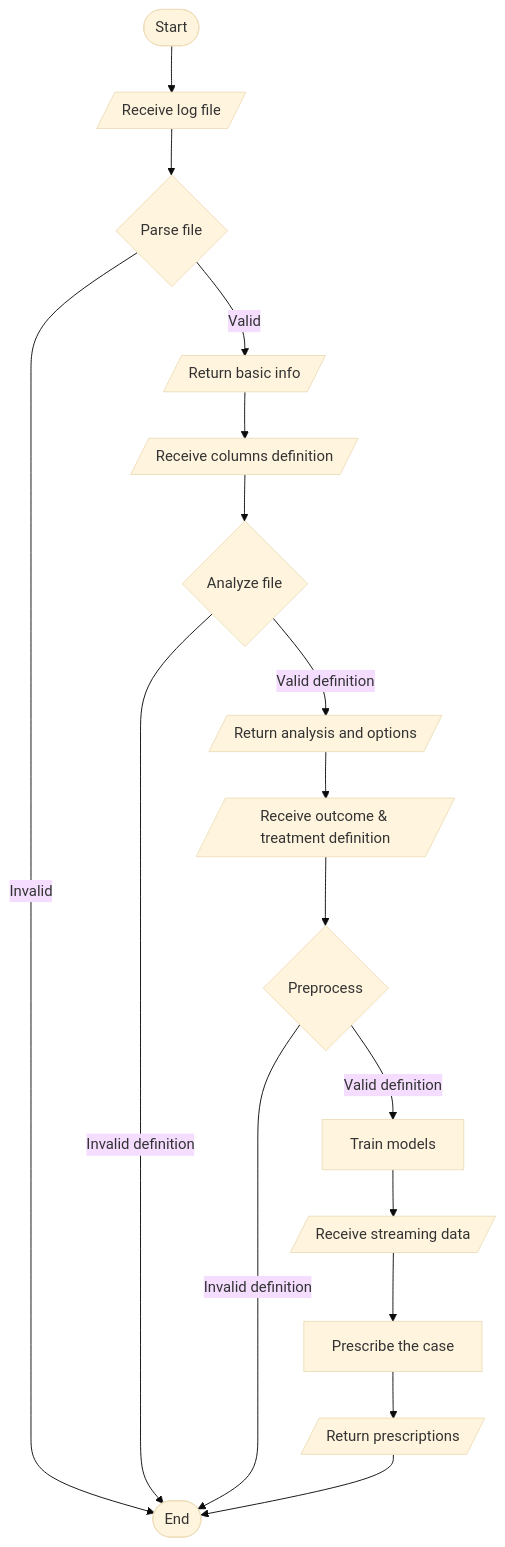
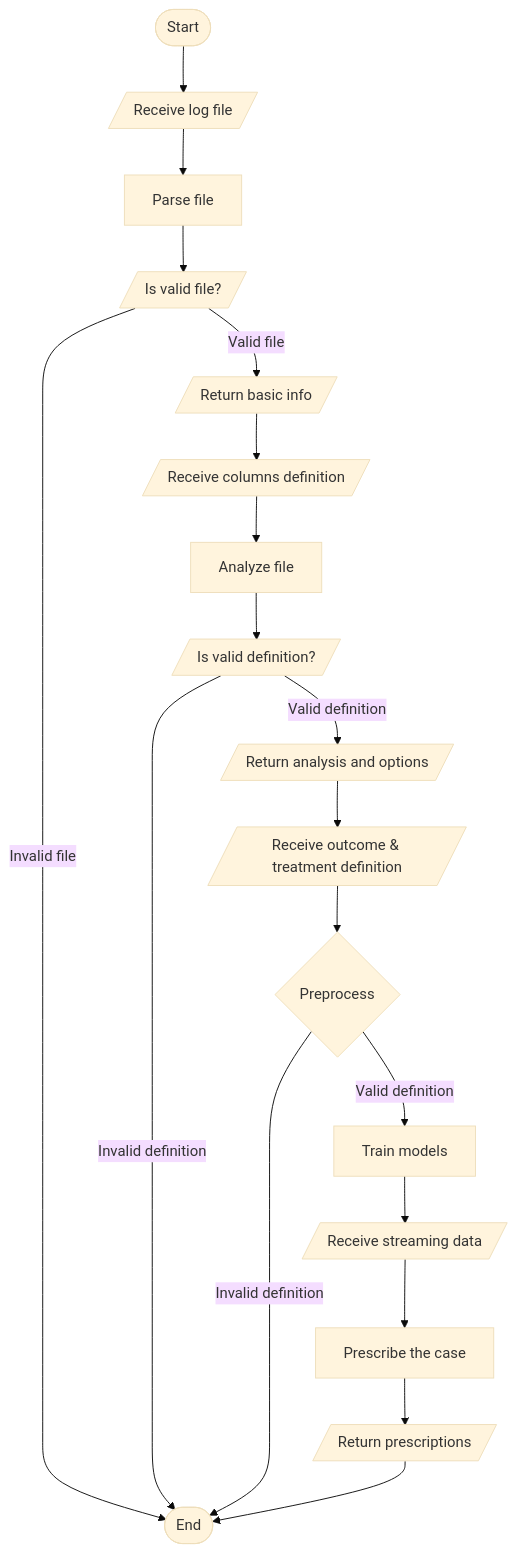
Before and after one commit to prcore/docs: the diagram in content/workflow/_index.md, drawn with Mermaid (base theme).

Commit message:
Site updated T 21 veebr 2023 20:11:31 EET ...

```diff
--- a/content/workflow/_index.md
+++ b/content/workflow/_index.md
@@ -8,19 +8,21 @@
 {{< mermaid class="text-center" >}}
 graph TB
     Start([Start]) --> Upload[/Receive log file/]
-    Upload --> Parse{Parse file}
-    Parse --> |Valid| Brief[/Return basic info/]
-    Parse --> |Invalid| End([End])
+    Upload --> Parse[Parse file]
+    Parse --> IsValidFile[/Is valid file?/]
+    IsValidFile --> |Valid file| Brief[/Return basic info/]
+    IsValidFile --> |Invalid file| End([End])
     Brief --> ColumnsDefintion[/Receive columns definition/]
-    ColumnsDefintion --> Analyze{Analyze file}
-    Analyze --> |Valid definition| AnalyzeResult[/Return analysis and options/]
-    Analyze --> |Invalid definition| End
+    ColumnsDefintion --> Analyze[Analyze file]
+    Analyze --> IsValidColumnsDefinition[/Is valid definition?/]
+    IsValidColumnsDefinition --> |Valid definition| AnalyzeResult[/Return analysis and options/]
+    IsValidColumnsDefinition --> |Invalid definition| End
     AnalyzeResult --> ProjectDefintion[/Receive outcome & treatment definition/]
     ProjectDefintion --> Preprocess{Preprocess}
     Preprocess --> |Valid definition| Train[Train models]
     Preprocess --> |Invalid definition| End
     Train --> Streaming[/Receive streaming data/]
     Streaming --> Prescribe[Prescribe the case]
     Prescribe --> Result[/Return prescriptions/]
     Result --> End
 {{< /mermaid >}}
```
